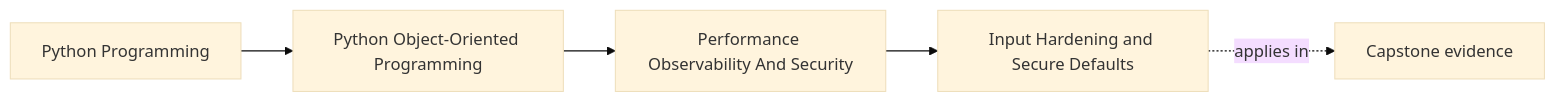
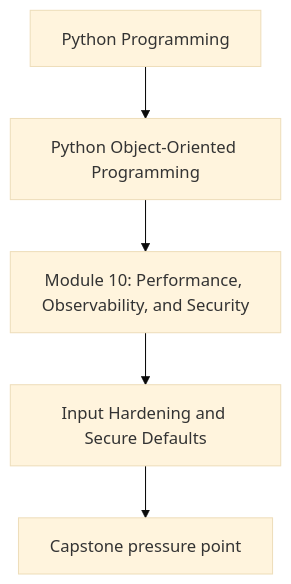
One commit to bijux/bijux-masterclass changed the first of 2 diagrams in programs/python-programming/python-object-oriented-programming/course-book/module-10-performance-observability-and-security/input-hardening-and-secure-defaults.md. Above: the diagram before and after it, drawn with Mermaid (base theme). The commit also changed other lines of this file and 107 other files, not shown here.

Commit message:
docs(python-object-oriented-programming): align concept page diagrams

````diff
--- a/programs/python-programming/python-object-oriented-programming/course-book/module-10-performance-observability-and-security/input-hardening-and-secure-defaults.md
+++ b/programs/python-programming/python-object-oriented-programming/course-book/module-10-performance-observability-and-security/input-hardening-and-secure-defaults.md
@@ -7,11 +7,7 @@
 ```mermaid
-graph LR
-  family["Python Programming"]
-  program["Python Object-Oriented Programming"]
-  section["Performance Observability And Security"]
-  page["Input Hardening and Secure Defaults"]
-  capstone["Capstone evidence"]
-
-  family --> program --> section --> page
-  page -.applies in.-> capstone
+flowchart TD
+  family["Python Programming"] --> program["Python Object-Oriented Programming"]
+  program --> module["Module 10: Performance, Observability, and Security"]
+  module --> concept["Input Hardening and Secure Defaults"]
+  concept --> capstone["Capstone pressure point"]
 ```
````
